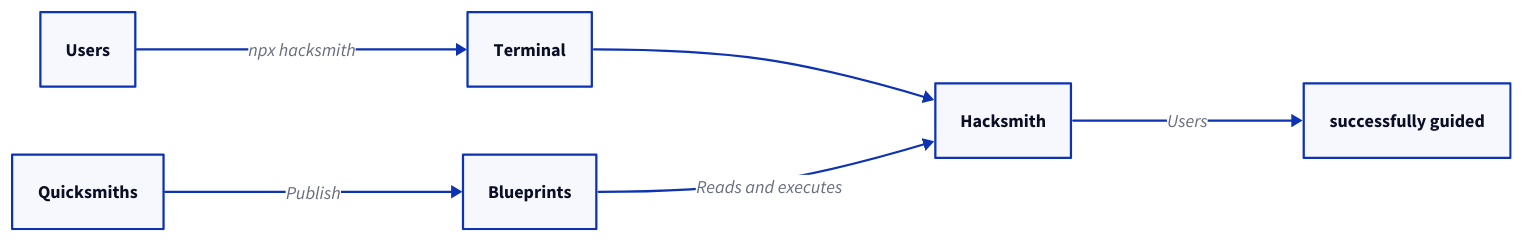
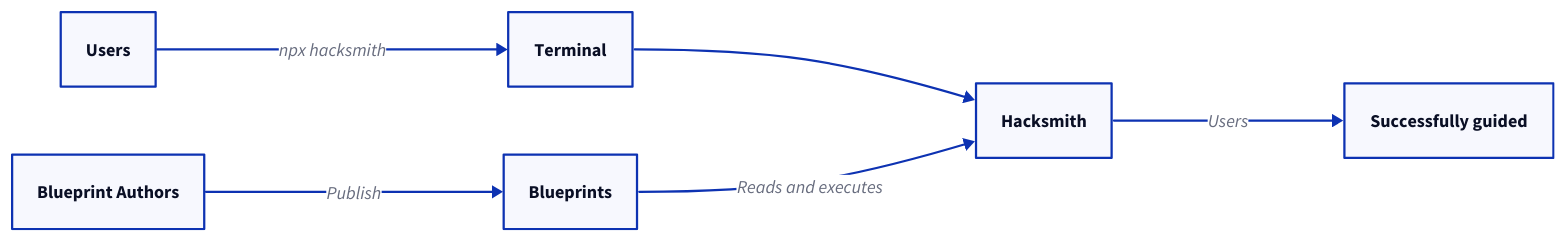
Before and after one commit to saif-shines/hacksmith: the diagram in apps/website/src/content/docs/get-started/index.mdx, drawn with D2. The commit also changed other lines of this file and 1 other file, not shown here.

Commit message:
docs: add the hacksmith guide for the users

````diff
--- a/apps/website/src/content/docs/get-started/index.mdx
+++ b/apps/website/src/content/docs/get-started/index.mdx
@@ -33,9 +13,9 @@
 ```d2
 direction: right
 
 Users -> Terminal: "npx hacksmith"
 Terminal -> Hacksmith
-Quicksmiths -> Blueprints: "Publish"
+Blueprint Authors -> Blueprints: "Publish"
 Blueprints -> Hacksmith: "Reads and executes"
-Hacksmith -> "successfully guided": Users
+Hacksmith -> "Successfully guided": Users
 ```
````
